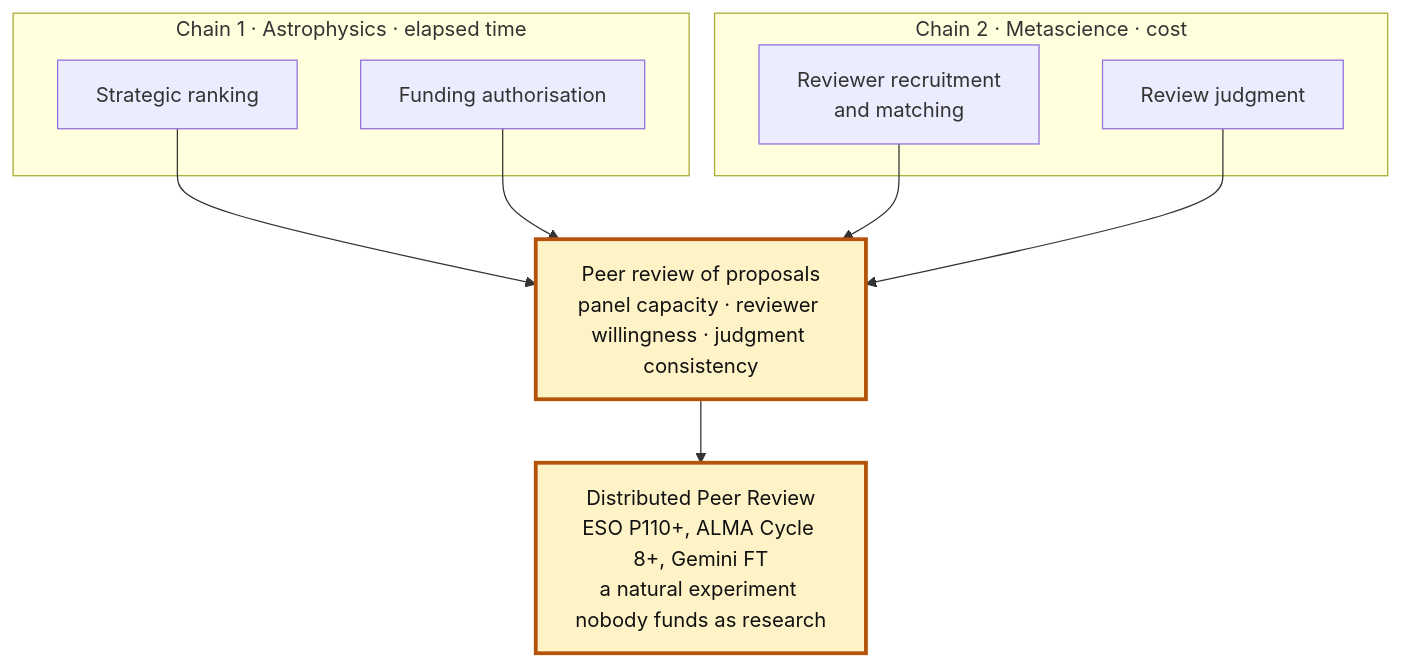
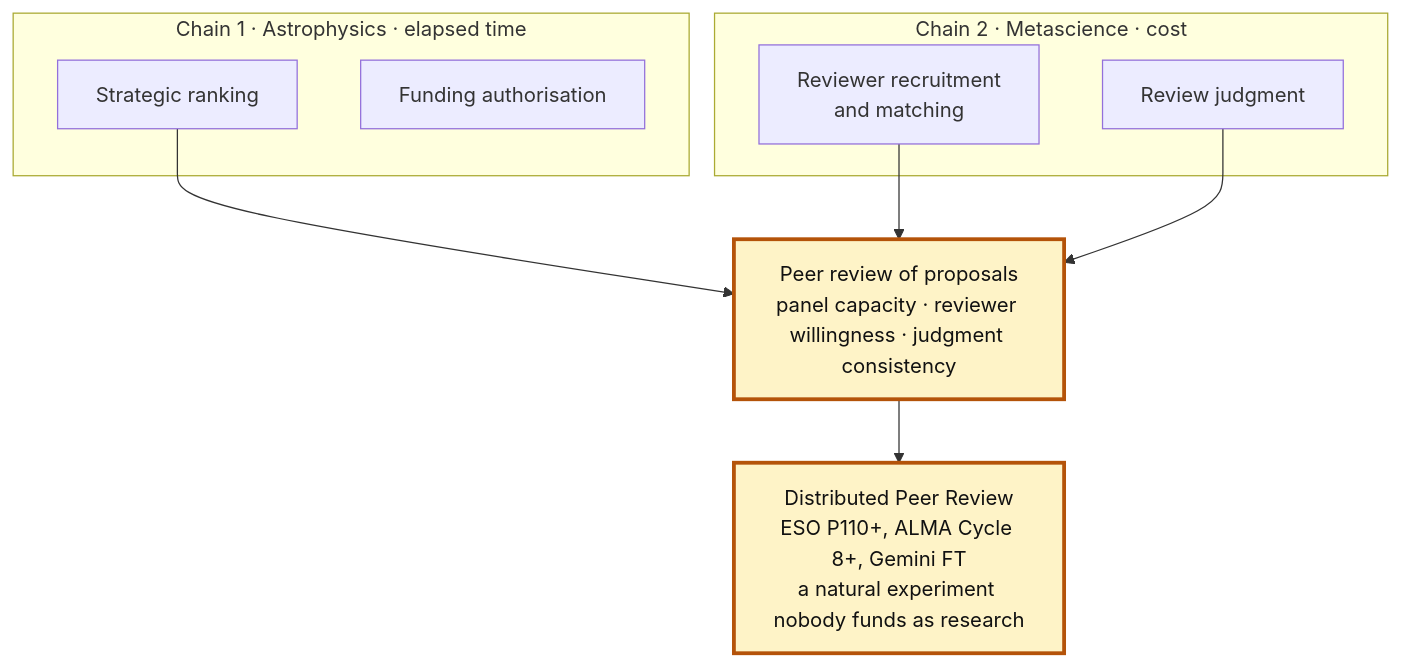
The third of 3 diagrams in docs/critical-paths.md (dsendor/science-gap-map-analysis), drawn with Mermaid before and after one commit. The commit also changed other lines of this file and 10 other files, not shown here.

````diff
--- a/docs/critical-paths.md
+++ b/docs/critical-paths.md
@@ -178,20 +213,19 @@
 ```mermaid
 flowchart TB
     subgraph C1["Chain 1 · Astrophysics · elapsed time"]
         A2["Strategic ranking"]
         A3["Funding authorisation"]
     end
     subgraph C2["Chain 2 · Metascience · cost"]
         B3["Reviewer recruitment<br/>and matching"]
         B4["Review judgment"]
     end
     SHARED["Peer review of proposals<br/>panel capacity · reviewer willingness · judgment consistency"]
     A2 --> SHARED
-    A3 --> SHARED
     B3 --> SHARED
     B4 --> SHARED
     SHARED --> DPR["Distributed Peer Review<br/>ESO P110+, ALMA Cycle 8+, Gemini FT<br/>a natural experiment nobody funds as research"]
 
     classDef shared stroke-width:3px,stroke:#b45309,fill:#fef3c7,color:#111
     class SHARED,DPR shared
 ```
````
